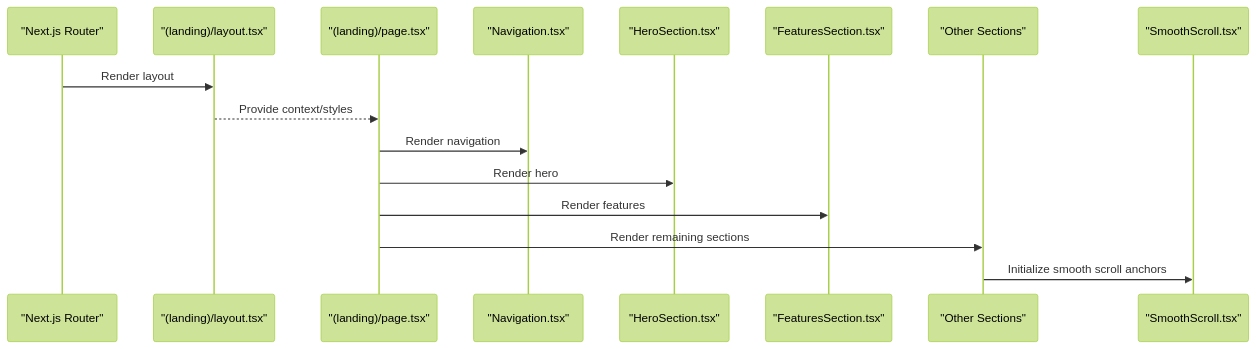
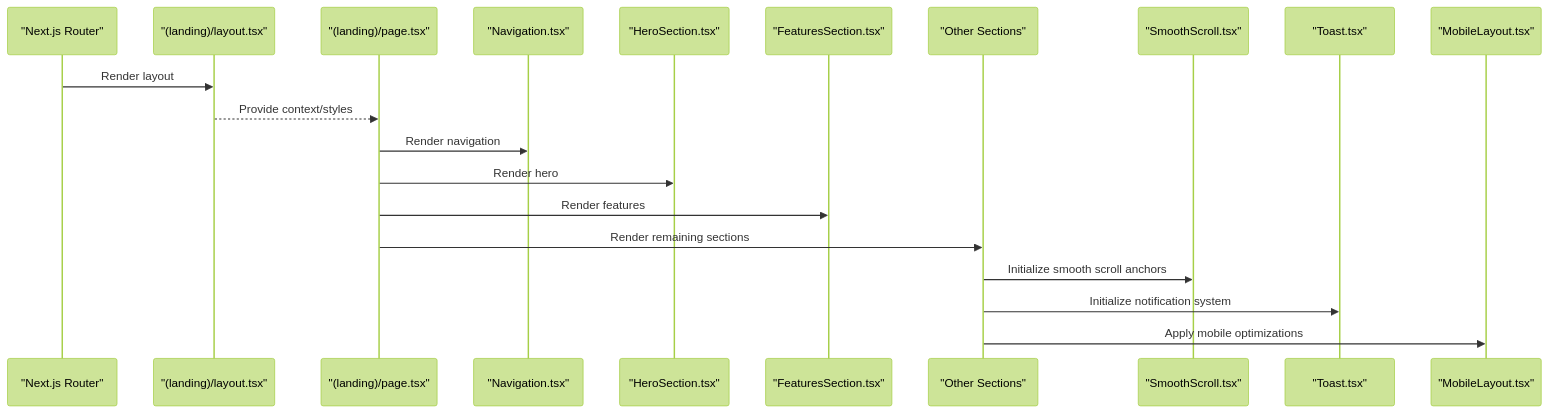
One commit to hieudepoet/Insurix changed the second of 3 diagrams in .qoder/repowiki/en/content/Frontend Application/UI Components Library.md. Above: the diagram before and after it, drawn with Mermaid (forest theme). The commit also changed other lines of this file and 63 other files, not shown here.

````diff
--- a/.qoder/repowiki/en/content/Frontend Application/UI Components Library.md
+++ b/.qoder/repowiki/en/content/Frontend Application/UI Components Library.md
@@ -102,18 +182,22 @@
 ```mermaid
 sequenceDiagram
 participant Router as "Next.js Router"
 participant Layout as "(landing)/layout.tsx"
 participant Page as "(landing)/page.tsx"
 participant Nav as "Navigation.tsx"
 participant Hero as "HeroSection.tsx"
 participant Feat as "FeaturesSection.tsx"
 participant Others as "Other Sections"
 participant Scroll as "SmoothScroll.tsx"
+participant Toast as "Toast.tsx"
+participant Mobile as "MobileLayout.tsx"
 Router->>Layout : Render layout
 Layout-->>Page : Provide context/styles
 Page->>Nav : Render navigation
 Page->>Hero : Render hero
 Page->>Feat : Render features
 Page->>Others : Render remaining sections
 Others->>Scroll : Initialize smooth scroll anchors
+Others->>Toast : Initialize notification system
+Others->>Mobile : Apply mobile optimizations
 ```
````
